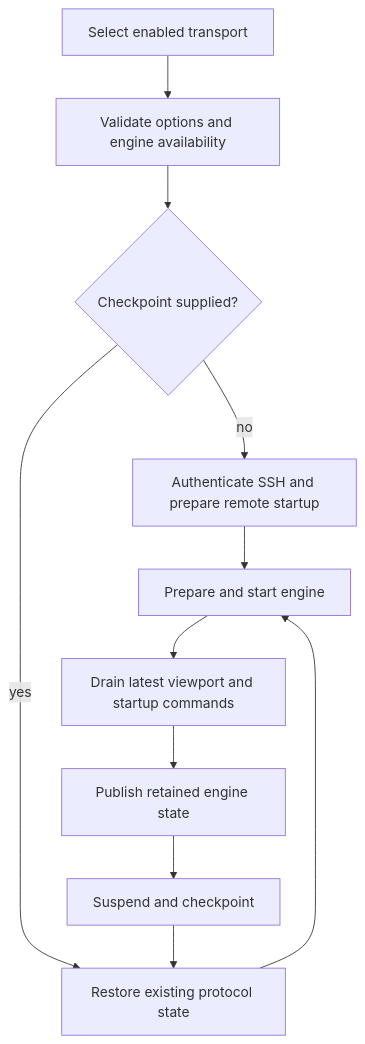
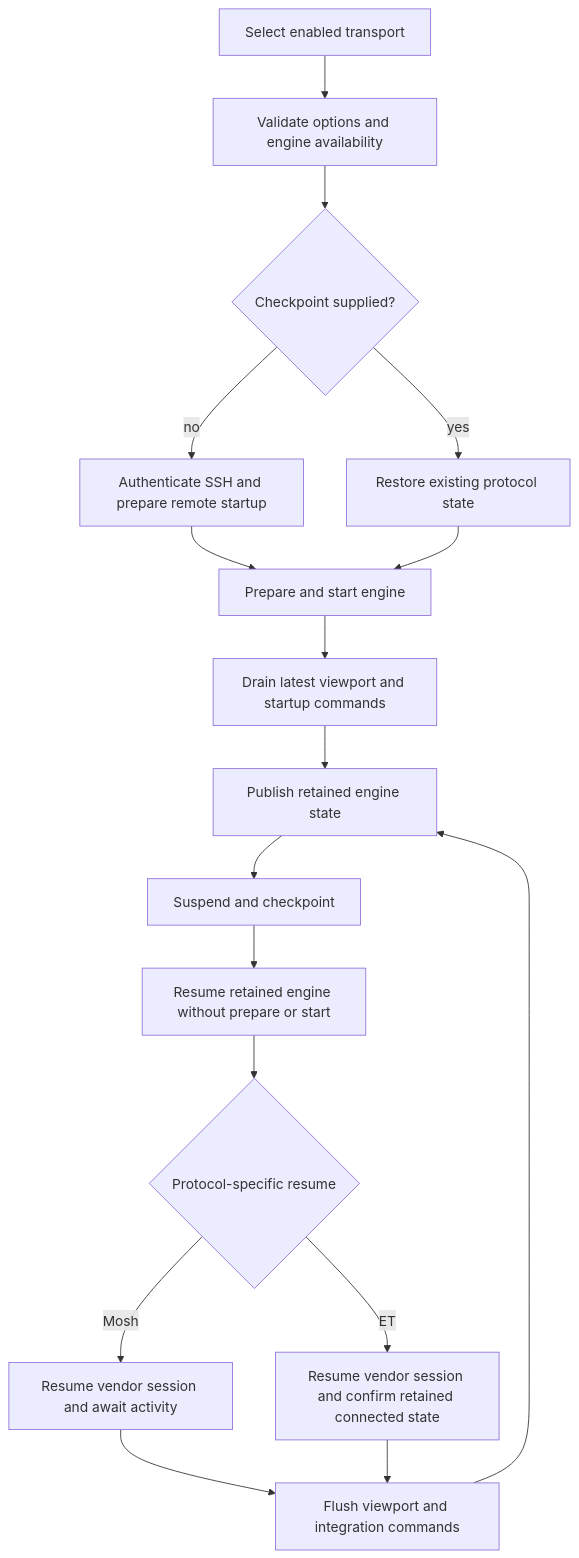
One commit to AkinoKaede/Termind changed the second of 3 diagrams in openwiki/integrations/mosh-and-eternal-terminal.md. Above: the diagram before and after it, drawn with Mermaid. The commit also changed other lines of this file and 68 other files, not shown here.

````diff
--- a/openwiki/integrations/mosh-and-eternal-terminal.md
+++ b/openwiki/integrations/mosh-and-eternal-terminal.md
@@ -66,13 +76,19 @@
 ```mermaid
 flowchart TD
     Select[Select enabled transport] --> Validate[Validate options and engine availability]
     Validate --> Restore{Checkpoint supplied?}
     Restore -->|no| SSH[Authenticate SSH and prepare remote startup]
     Restore -->|yes| Recover[Restore existing protocol state]
     SSH --> Engine[Prepare and start engine]
     Recover --> Engine
     Engine --> Flush[Drain latest viewport and startup commands]
     Flush --> Live[Publish retained engine state]
     Live --> Suspend[Suspend and checkpoint]
-    Suspend --> Recover
+    Suspend --> Resume[Resume retained engine without prepare or start]
+    Resume --> Kind{Protocol-specific resume}
+    Kind -->|Mosh| MoshResume[Resume vendor session and await activity]
+    Kind -->|ET| ETResume[Resume vendor session and confirm retained connected state]
+    MoshResume --> RecoveryFlush[Flush viewport and integration commands]
+    ETResume --> RecoveryFlush
+    RecoveryFlush --> Live
 ```
````
